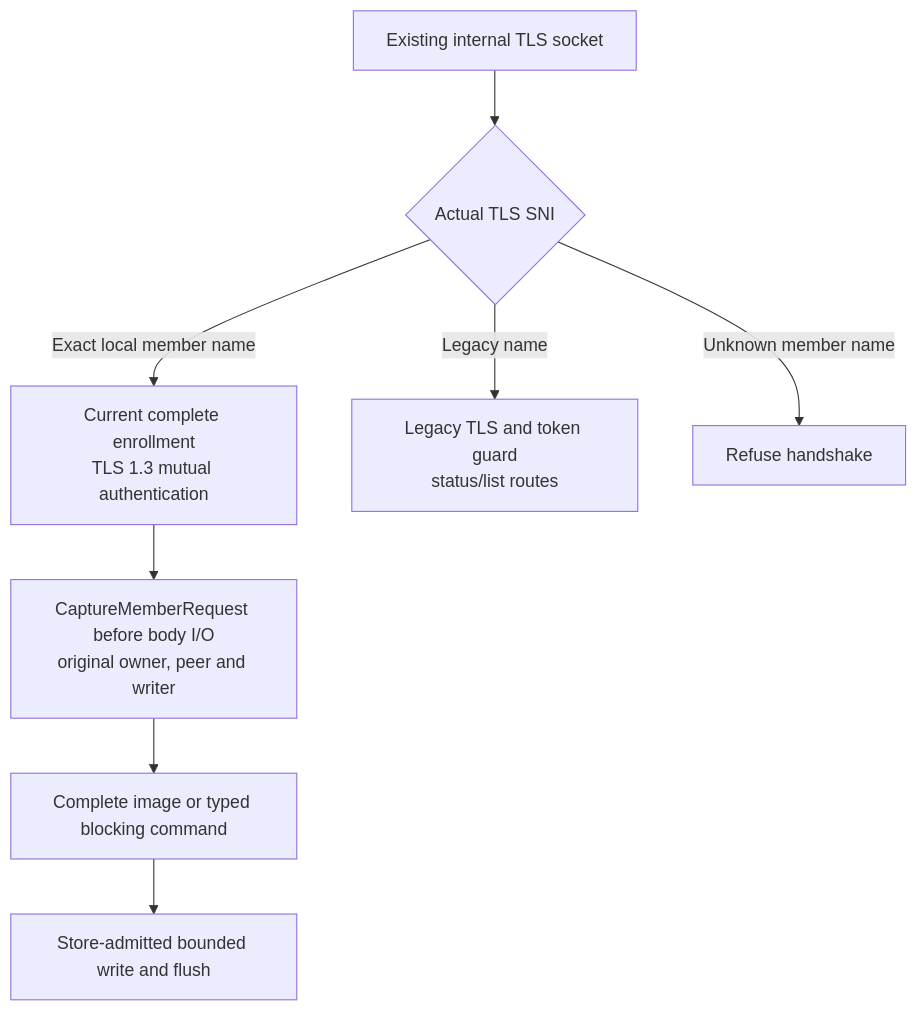
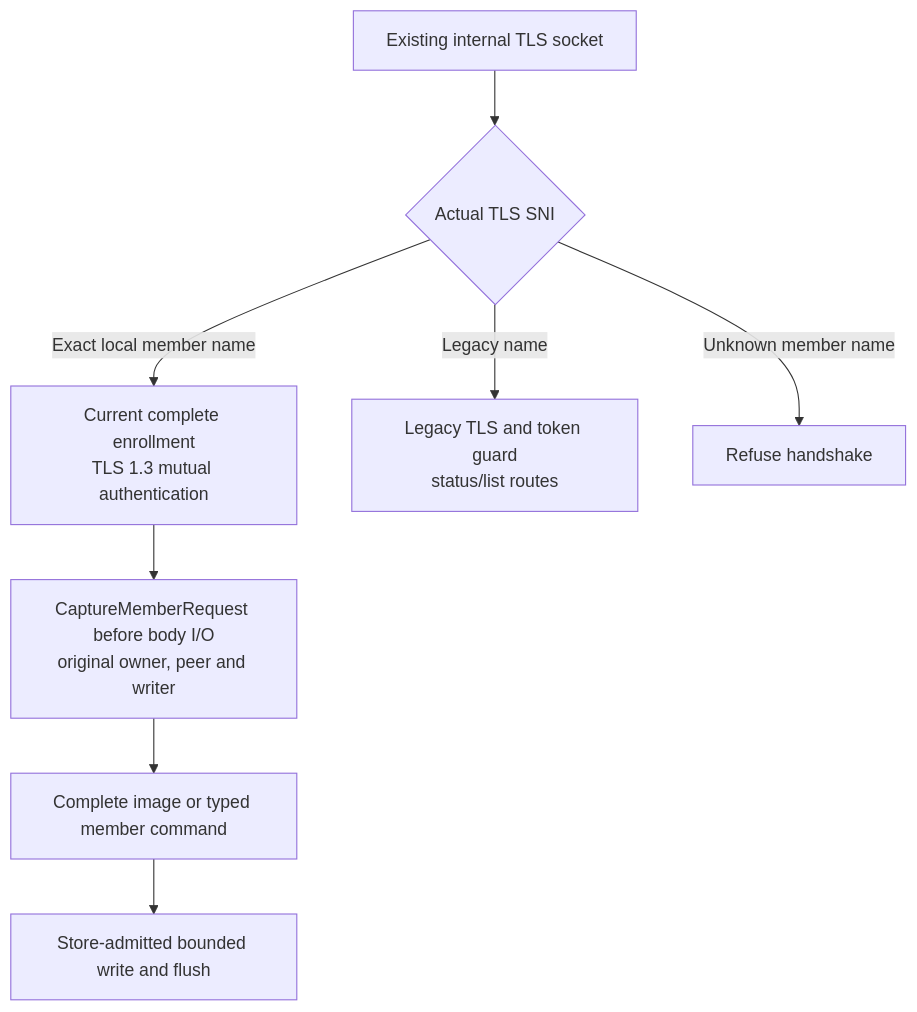
Before and after one commit to robertherbaugh/kudurru: diagram 14 of 28 in docs/architecture/configuration-and-store.md, drawn with Mermaid. The commit also changed other lines of this file and 1 other file, not shown here.

````diff
--- a/docs/architecture/configuration-and-store.md
+++ b/docs/architecture/configuration-and-store.md
@@ -1106,10 +1122,10 @@
 ```mermaid
 flowchart TD
     S["Existing internal TLS socket"] --> N{"Actual TLS SNI"}
     N -->|"Exact local member name"| M["Current complete enrollment<br/>TLS 1.3 mutual authentication"]
     N -->|"Legacy name"| L["Legacy TLS and token guard<br/>status/list routes"]
     N -->|"Unknown member name"| X["Refuse handshake"]
     M --> R["CaptureMemberRequest before body I/O<br/>original owner, peer and writer"]
-    R --> I["Complete image or typed blocking command"]
+    R --> I["Complete image or typed member command"]
     I --> O["Store-admitted bounded write and flush"]
 ```
````
